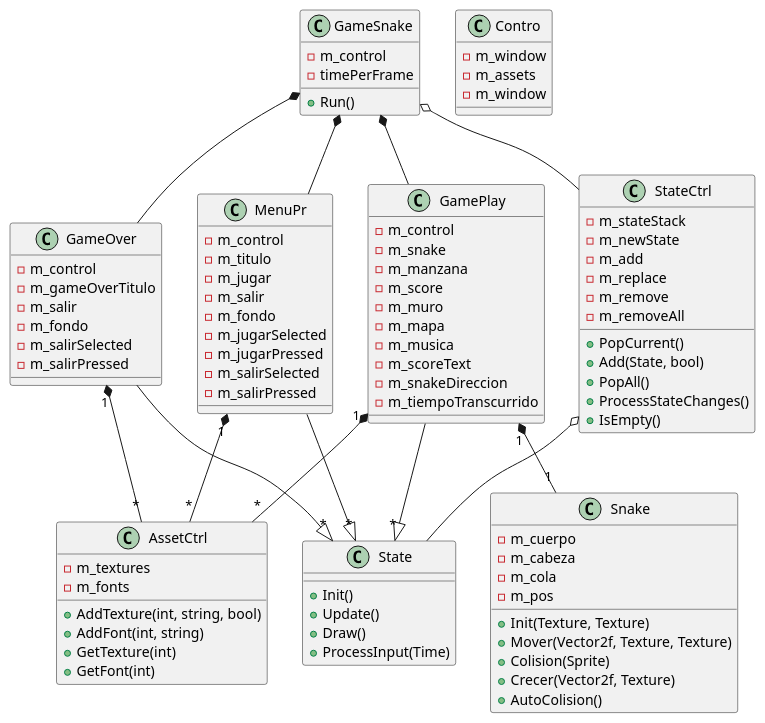
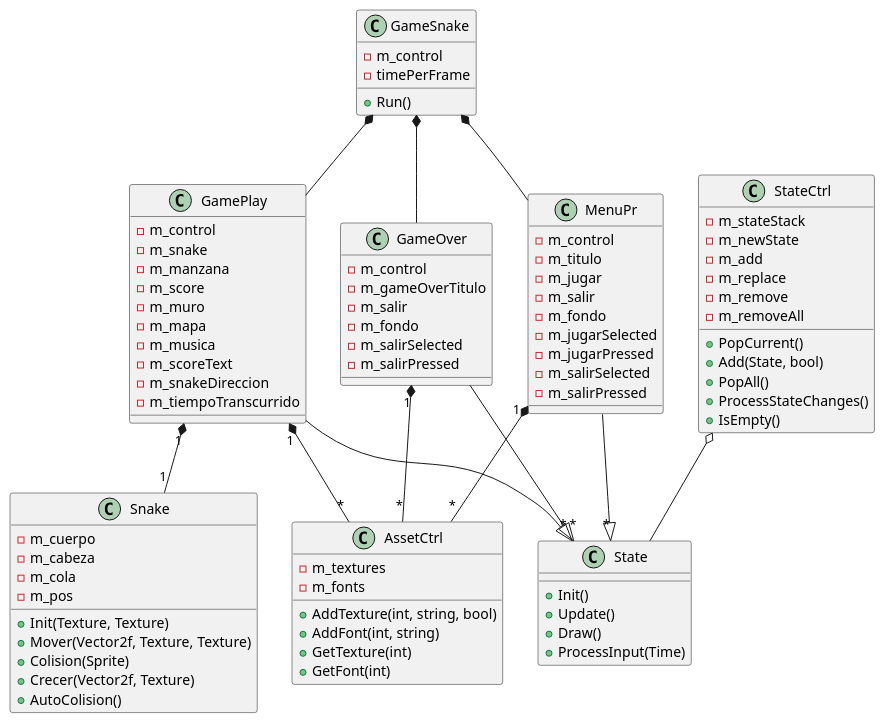
Before and after one commit to AlanDorantes/Snake: the diagram in docs/snake.puml, drawn with PlantUML. The commit also changed 3 other files, not shown here.

```diff
--- a/docs/snake.puml
+++ b/docs/snake.puml
@@ -1,105 +1,98 @@
 @startuml Snake
 
 class AssetCtrl{
     -m_textures
     -m_fonts
     +AddTexture(int, string, bool)
     +AddFont(int, string)
     +GetTexture(int)
     +GetFont(int)
 
-}
-
-class  Contro{
-    -m_window
-    -m_assets
-    -m_window
 }
 
 class GameOver {
     -m_control
     -m_gameOverTitulo
     -m_salir
     -m_fondo
     -m_salirSelected
     -m_salirPressed
 }
 
 class GamePlay {
     -m_control
     -m_snake
     -m_manzana
     -m_score
     -m_muro
     -m_mapa
     -m_musica
     -m_scoreText
     -m_snakeDireccion
     -m_tiempoTranscurrido
 }
 
 class GameSnake{
     -m_control
     -timePerFrame
     +Run()
 }
 
 class MenuPr {
     -m_control
     -m_titulo
     -m_jugar
     -m_salir
     -m_fondo
     -m_jugarSelected
     -m_jugarPressed
     -m_salirSelected
     -m_salirPressed
 }
 
 class Snake{
     -m_cuerpo
     -m_cabeza
     -m_cola
     -m_pos
     +Init(Texture, Texture)
     +Mover(Vector2f, Texture, Texture)
     +Colision(Sprite)
     +Crecer(Vector2f, Texture)
     +AutoColision()
 }
 
 class State{
     +Init()
     +Update()
     +Draw()
     +ProcessInput(Time)
 }
 
 class StateCtrl{
     -m_stateStack
     -m_newState
     -m_add
     -m_replace
     -m_remove
     -m_removeAll
     +PopCurrent()
     +Add(State, bool)
     +PopAll()
     +ProcessStateChanges()
     +IsEmpty()
 }
 
 GameSnake *-- GameOver
 GameSnake *-- GamePlay
 GameSnake *-- MenuPr
 MenuPr "1" *-- "*" AssetCtrl
 GamePlay "1" *-- "*" AssetCtrl
 GameOver "1" *-- "*" AssetCtrl
 GamePlay "1" *-- "1" Snake
 GameOver --|> "*" State
 GamePlay --|> "*" State
 MenuPr --|> "*" State
 StateCtrl o-- State
-GameSnake o-- StateCtrl
 
 @enduml
```
